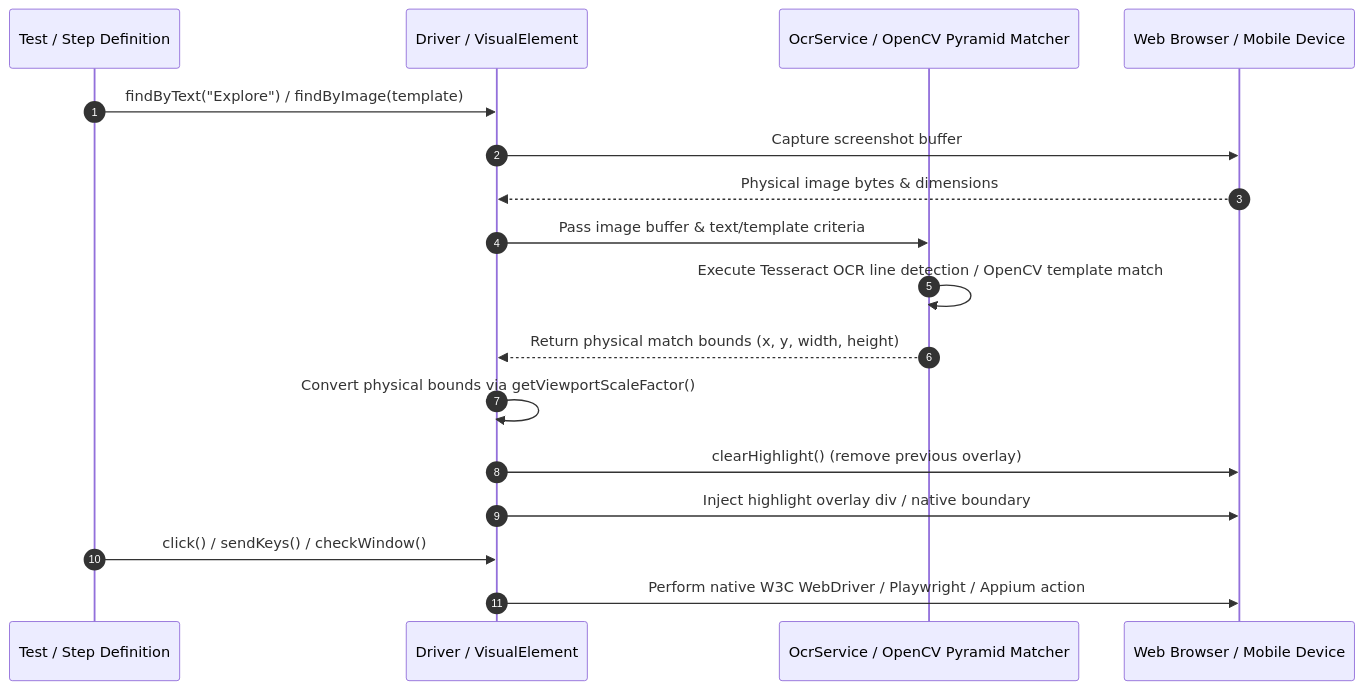
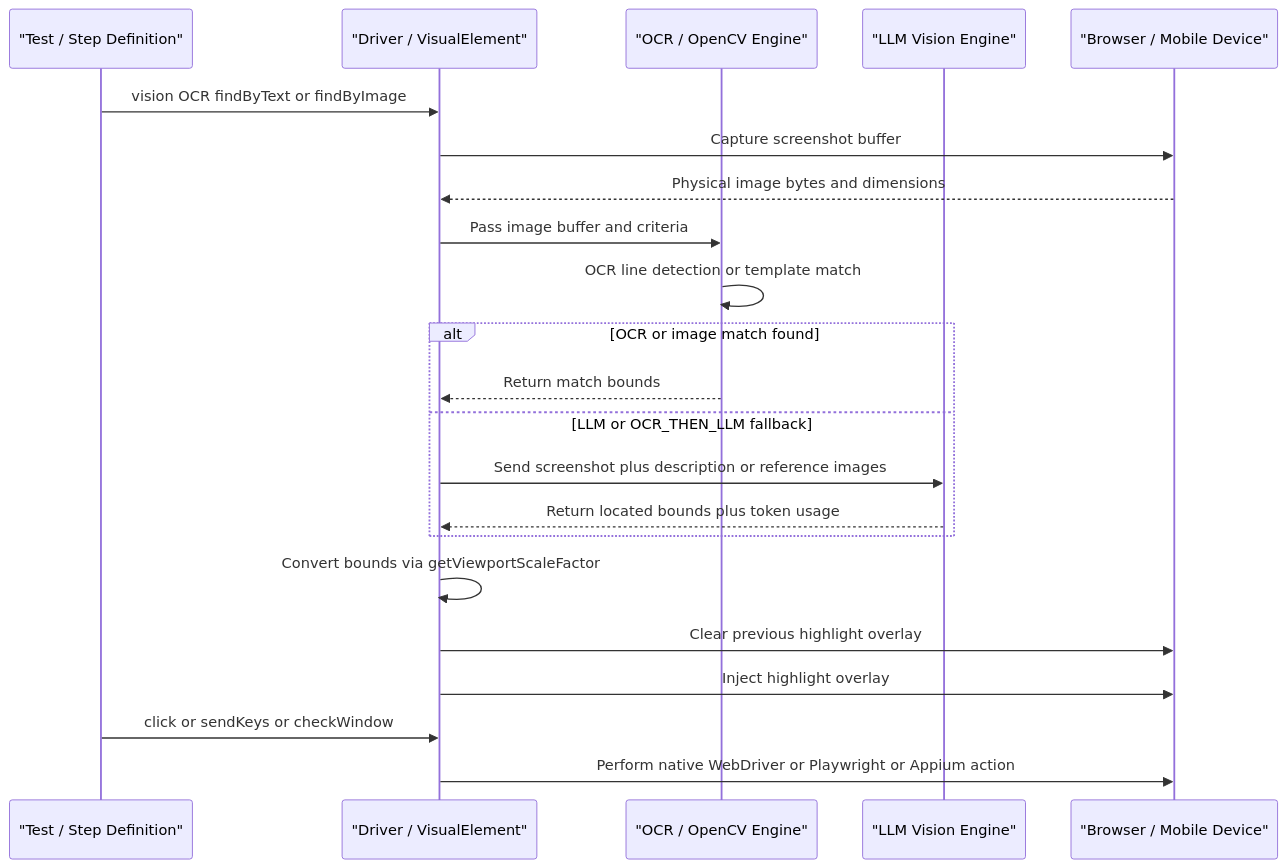
The second of 2 diagrams in docs/subsystems/ocr-and-image-recognition.md (anandbagmar/teswiz), drawn with Mermaid before and after one commit. The commit also changed other lines of this file and 145 other files, not shown here.

First line of the commit message:
Add LLM vision locator: providers, read-value API, configurable health-check (#41)

````diff
--- a/docs/subsystems/ocr-and-image-recognition.md
+++ b/docs/subsystems/ocr-and-image-recognition.md
@@ -72,20 +84,25 @@
 ```mermaid
 sequenceDiagram
-    autonumber
-    participant Step as Test / Step Definition
-    participant Driver as Driver / VisualElement
-    participant OCR as OcrService / OpenCV Pyramid Matcher
-    participant Screen as Web Browser / Mobile Device
+    participant Step as "Test / Step Definition"
+    participant Driver as "Driver / VisualElement"
+    participant OCR as "OCR / OpenCV Engine"
+    participant LLM as "LLM Vision Engine"
+    participant Screen as "Browser / Mobile Device"
 
-    Step->>Driver: findByText("Explore") / findByImage(template)
+    Step->>Driver: vision OCR findByText or findByImage
     Driver->>Screen: Capture screenshot buffer
-    Screen-->>Driver: Physical image bytes & dimensions
-    Driver->>OCR: Pass image buffer & text/template criteria
-    OCR->>OCR: Execute Tesseract OCR line detection / OpenCV template match
-    OCR-->>Driver: Return physical match bounds (x, y, width, height)
-    Driver->>Driver: Convert physical bounds via getViewportScaleFactor()
-    Driver->>Screen: clearHighlight() (remove previous overlay)
-    Driver->>Screen: Inject highlight overlay div / native boundary
-    Step->>Driver: click() / sendKeys() / checkWindow()
-    Driver->>Screen: Perform native W3C WebDriver / Playwright / Appium action
+    Screen-->>Driver: Physical image bytes and dimensions
+    Driver->>OCR: Pass image buffer and criteria
+    OCR->>OCR: OCR line detection or template match
+    alt OCR or image match found
+        OCR-->>Driver: Return match bounds
+    else LLM or OCR_THEN_LLM fallback
+        Driver->>LLM: Send screenshot plus description or reference images
+        LLM-->>Driver: Return located bounds plus token usage
+    end
+    Driver->>Driver: Convert bounds via getViewportScaleFactor
+    Driver->>Screen: Clear previous highlight overlay
+    Driver->>Screen: Inject highlight overlay
+    Step->>Driver: click or sendKeys or checkWindow
+    Driver->>Screen: Perform native WebDriver or Playwright or Appium action
 ```
````
